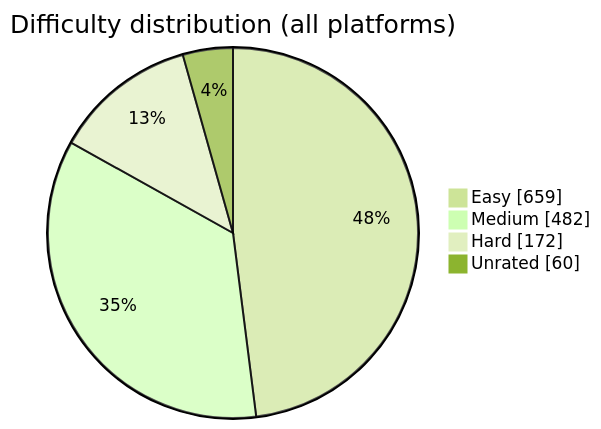
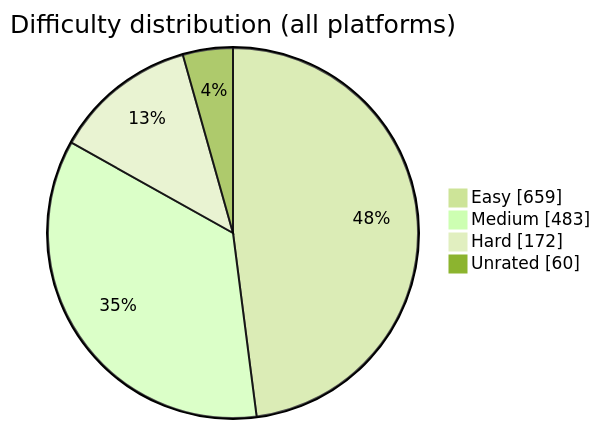
One commit to BuildbyArindam/Daily-Coding-Log changed the diagram in README.md. Above: the diagram before and after it, drawn with Mermaid (forest theme). The commit also changed other lines of this file, not shown here.

````diff
--- a/README.md
+++ b/README.md
@@ -93,7 +93,7 @@
 ```mermaid
 pie showData title Difficulty distribution (all platforms)
     "Easy" : 659
-    "Medium" : 482
+    "Medium" : 483
     "Hard" : 172
     "Unrated" : 60
 ```
````
